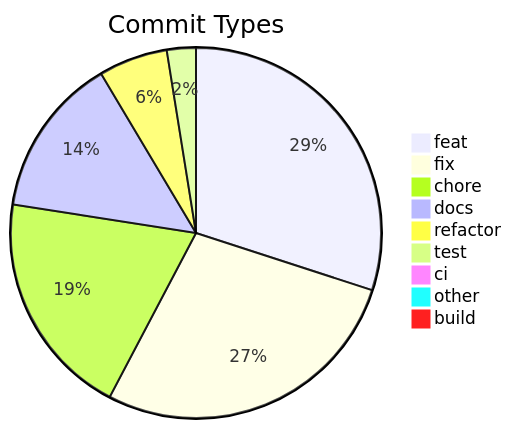
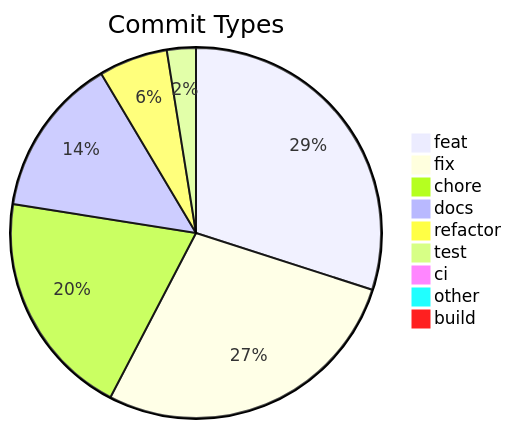
The diagram in .shipwright/compliance/change-history.md (svenroth-ai/shipwright), drawn with Mermaid before and after one commit. The commit also changed other lines of this file and 20 other files, not shown here.

````diff
--- a/.shipwright/compliance/change-history.md
+++ b/.shipwright/compliance/change-history.md
@@ -8,12 +8,12 @@
 ```mermaid
 pie title Commit Types
     "feat" : 249
     "fix" : 230
-    "chore" : 164
+    "chore" : 165
     "docs" : 116
     "refactor" : 50
     "test" : 21
     "ci" : 7
     "other" : 7
     "build" : 1
 ```
````
